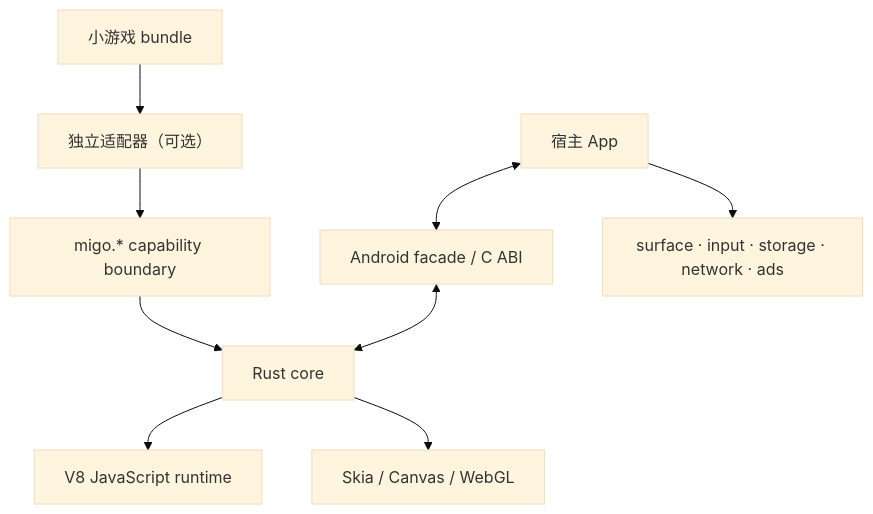
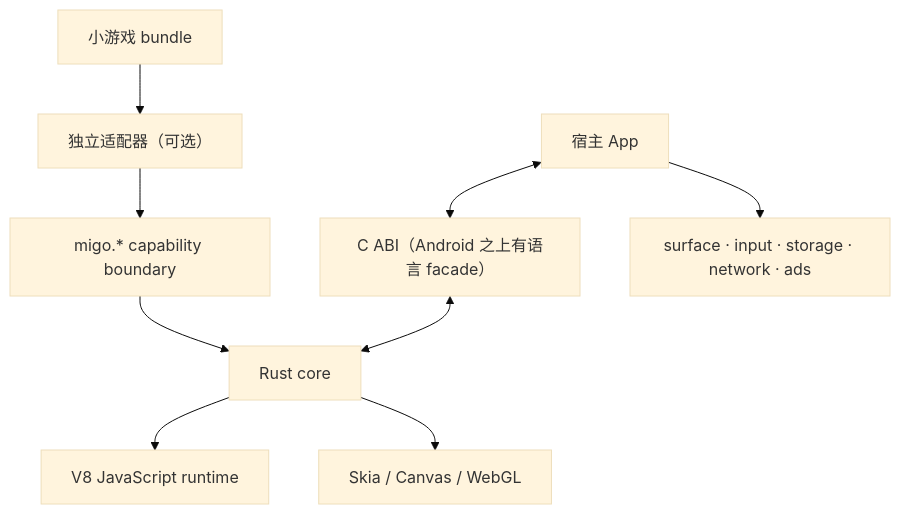
One commit to minigame-labs/migo-runtime changed the diagram in developer-docs/src/content/docs/0.9/index.mdx. Above: the diagram before and after it, drawn with Mermaid (base theme). The commit also changed other lines of this file and 87 other files, not shown here.

````diff
--- a/developer-docs/src/content/docs/0.9/index.mdx
+++ b/developer-docs/src/content/docs/0.9/index.mdx
@@ -11,11 +69,11 @@
 ```mermaid
 flowchart TB
   Bundle[小游戏 bundle] --> Adapter[独立适配器（可选）]
   Adapter --> Boundary[migo.* capability boundary]
   Boundary --> Core[Rust core]
   Core --> V8[V8 JavaScript runtime]
   Core --> Render[Skia / Canvas / WebGL]
-  Host[宿主 App] <--> SDK[Android facade / C ABI]
+  Host[宿主 App] <--> SDK[C ABI（Android 之上有语言 facade）]
   SDK <--> Core
   Host --> Services[surface · input · storage · network · ads]
 ```
````
